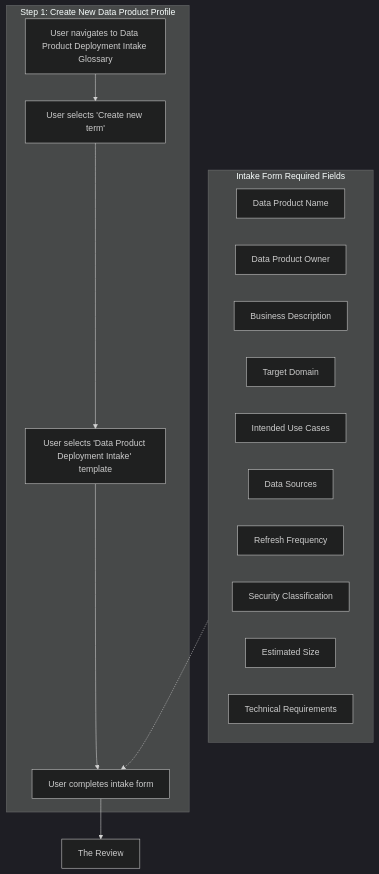
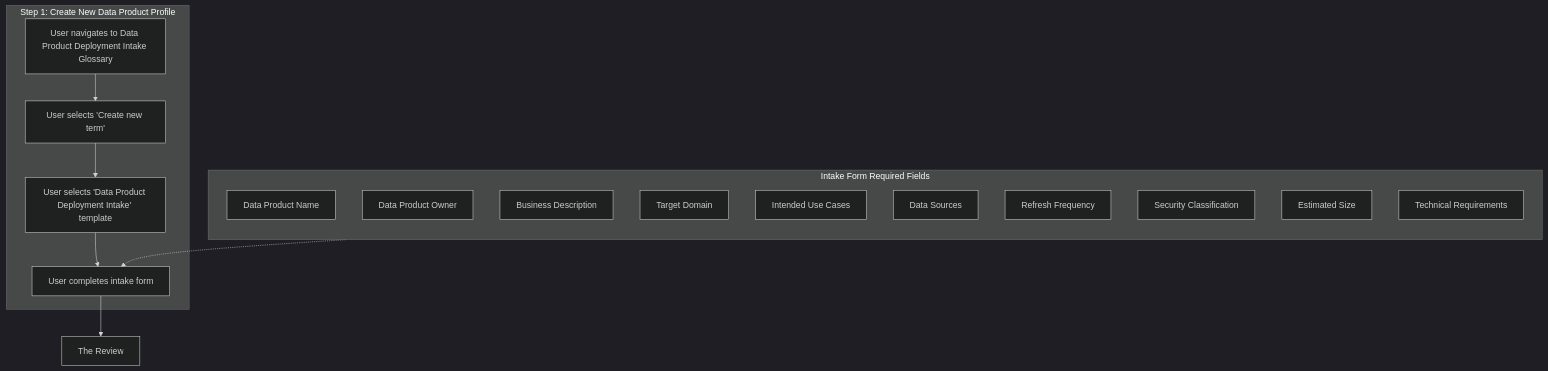
Before and after one commit to humanrightsconnected/metamodel: the first of 4 diagrams in src/metamodel_core/README.md, drawn with Mermaid (dark theme). The commit also changed other lines of this file, not shown here.

````diff
--- a/src/metamodel_core/README.md
+++ b/src/metamodel_core/README.md
@@ -191,27 +191,28 @@
 ```mermaid
 flowchart TD
     subgraph "Step 1: Create New Data Product Profile"
         A1[User navigates to Data Product Deployment Intake Glossary] --> A2[User selects 'Create new term']
         A2 --> A3[User selects 'Data Product Deployment Intake' template]
         A3 --> A4[User completes intake form]
     end
     
     subgraph B["Intake Form Required Fields"]
+        direction TB
         B1[Data Product Name]
         B2[Data Product Owner]
         B3[Business Description]
         B4[Target Domain]
         B5[Intended Use Cases]
         B6[Data Sources]
         B7[Refresh Frequency]
         B8[Security Classification]
         B9[Estimated Size]
         B10[Technical Requirements]
     end
     
 
     B -.-> A4
     A4 --> C[The Review]
     
 
 ```
````
